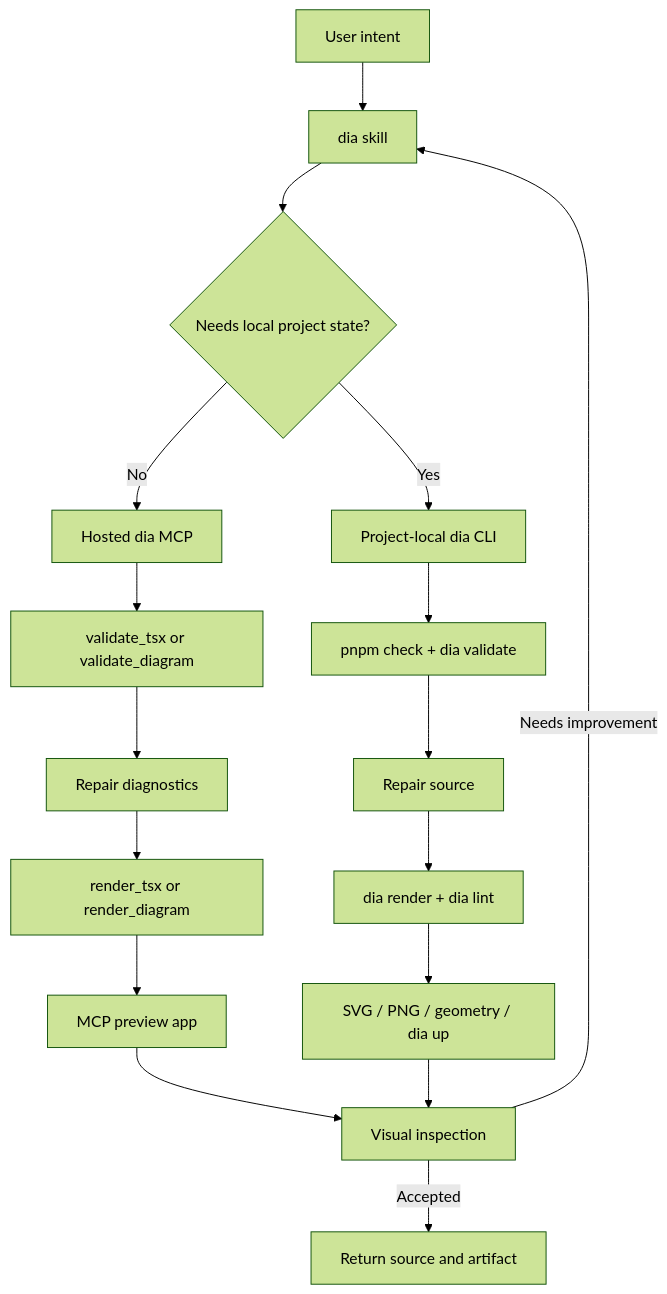
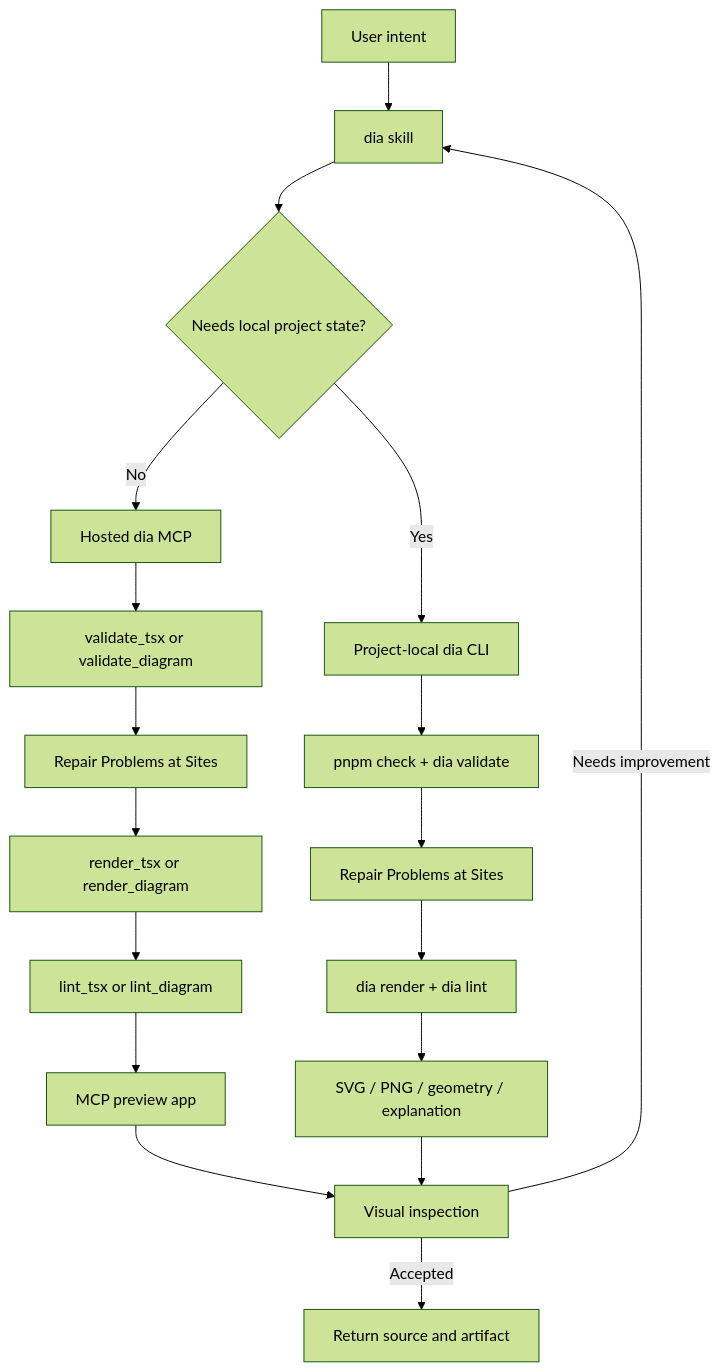
The diagram in docs/CodexPluginDesign.md (RAKUDEJI/dia-agent-plugins), drawn with Mermaid (forest theme) before and after one commit. The commit also changed other lines of this file and 12 other files, not shown here.

````diff
--- a/docs/CodexPluginDesign.md
+++ b/docs/CodexPluginDesign.md
@@ -89,22 +90,23 @@
 ```mermaid
 flowchart TD
   U["User intent"] --> S["dia skill"]
   S --> D{"Needs local project state?"}
   D -->|"No"| M["Hosted dia MCP"]
   D -->|"Yes"| C["Project-local dia CLI"]
 
   M --> V1["validate_tsx or validate_diagram"]
-  V1 --> R1["Repair diagnostics"]
+  V1 --> R1["Repair Problems at Sites"]
   R1 --> O1["render_tsx or render_diagram"]
-  O1 --> A["MCP preview app"]
+  O1 --> L1["lint_tsx or lint_diagram"]
+  L1 --> A["MCP preview app"]
 
   C --> V2["pnpm check + dia validate"]
-  V2 --> R2["Repair source"]
+  V2 --> R2["Repair Problems at Sites"]
   R2 --> O2["dia render + dia lint"]
-  O2 --> P["SVG / PNG / geometry / dia up"]
+  O2 --> P["SVG / PNG / geometry / explanation"]
 
   A --> J["Visual inspection"]
   P --> J
   J -->|"Needs improvement"| S
   J -->|"Accepted"| F["Return source and artifact"]
 ```
````
